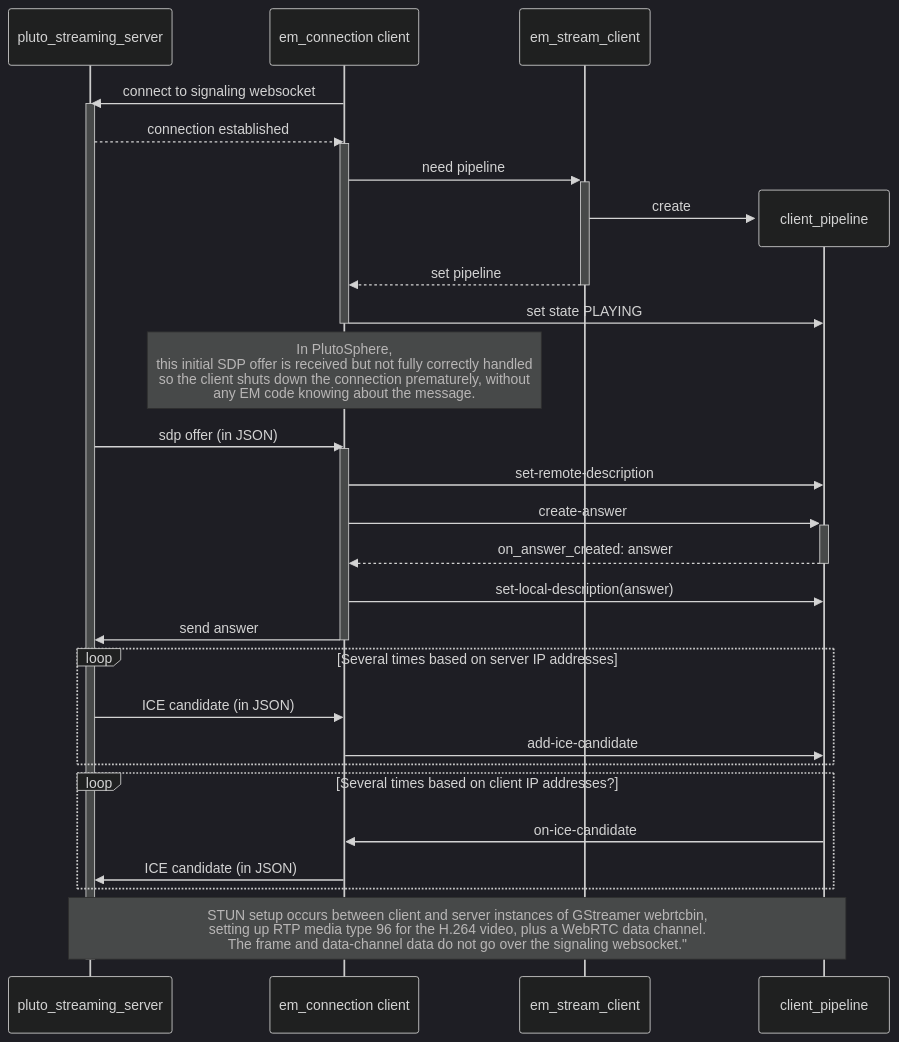
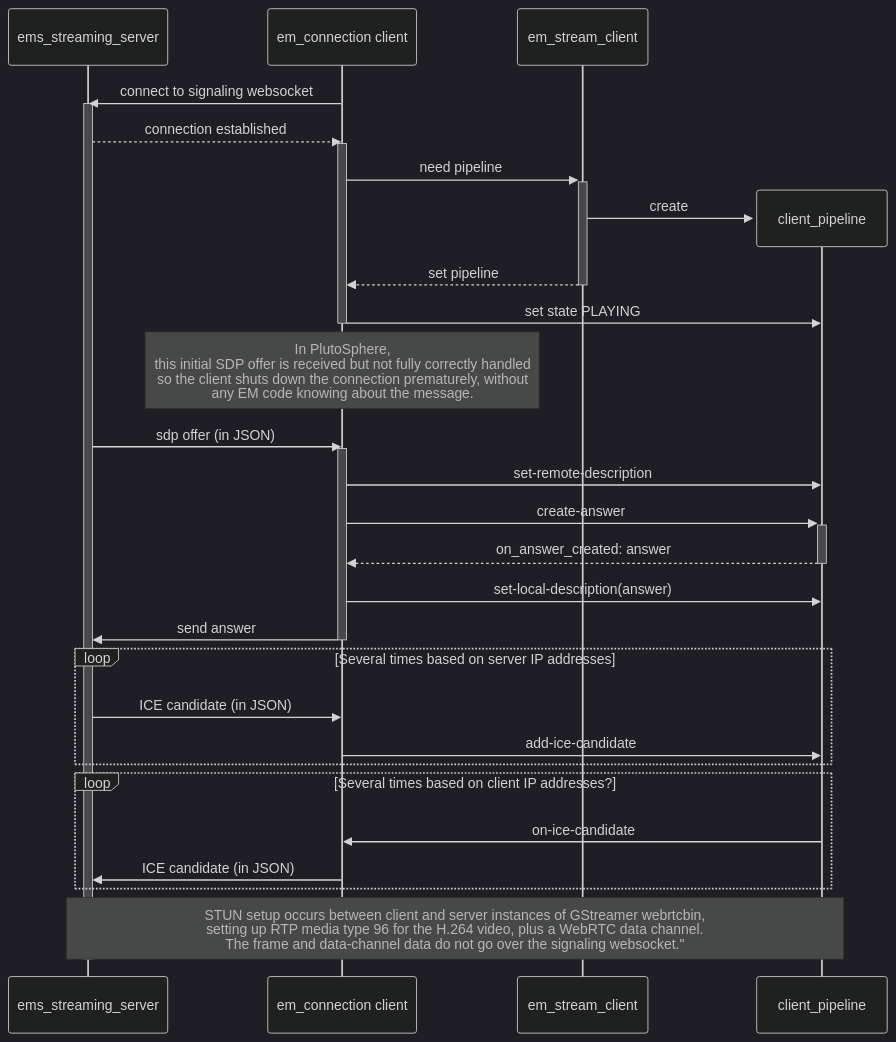
Before and after one commit to PlutoVR/electric-maple: the diagram in client/doc/connection-establishment.mermaid, drawn with Mermaid (dark theme). The commit also changed 10 other files, not shown here.

```diff
--- a/client/doc/connection-establishment.mermaid
+++ b/client/doc/connection-establishment.mermaid
@@ -1,55 +1,55 @@
 %% Copyright 2023, Collabora, Ltd.
 %% Copyright 2023, PlutoVR Inc.
 %%
 %% SPDX-License-Identifier: BSL-1.0
 
 sequenceDiagram
-    participant server_ws as pluto_streaming_server
+    participant server_ws as ems_streaming_server
     participant em_connection as em_connection client
     participant em_stream_client
     em_connection->>server_ws: connect to signaling websocket
     activate server_ws
     server_ws-->>em_connection: connection established
 
     %% emconn_websocket_connected_cb
     activate em_connection
     em_connection->>+em_stream_client: need pipeline
     create participant client_pipeline
     em_stream_client->>client_pipeline: create
     em_stream_client-->>-em_connection: set pipeline
     em_connection->>client_pipeline: set state PLAYING
     deactivate em_connection
 
     Note over em_connection: In PlutoSphere,<br> this initial SDP offer is received but not fully correctly handled<br>so the client shuts down the connection prematurely, without<br>any EM code knowing about the message.
 
     %% Server sends this on websocket establishment
     server_ws->>em_connection: sdp offer (in JSON)
 
     %% emconn_webrtc_process_sdp_offer
     activate em_connection
     em_connection->>client_pipeline: set-remote-description
     em_connection->>+client_pipeline: create-answer
 
     %% emconn_webrtc_on_answer_created
     client_pipeline-->>-em_connection: on_answer_created: answer
     em_connection->>client_pipeline: set-local-description(answer)
     em_connection->>server_ws: send answer
     deactivate em_connection
 
     %% Server sends several of these on websocket establishment after the offer
     %% This is known as "Trickle ICE": https://datatracker.ietf.org/doc/html/rfc8838
     loop Several times based on server IP addresses
         server_ws->>em_connection: ICE candidate (in JSON)
 
         %% emconn_webrtc_process_candidate
         em_connection->>client_pipeline: add-ice-candidate
     end
 
     loop Several times based on client IP addresses?
         client_pipeline->>em_connection: on-ice-candidate
         em_connection->>server_ws: ICE candidate (in JSON)
     end
 
     note over client_pipeline, server_ws: STUN setup occurs between client and server instances of GStreamer webrtcbin,<br>setting up RTP media type 96 for the H.264 video, plus a WebRTC data channel.<br>The frame and data-channel data do not go over the signaling websocket."
 
     deactivate server_ws
```
